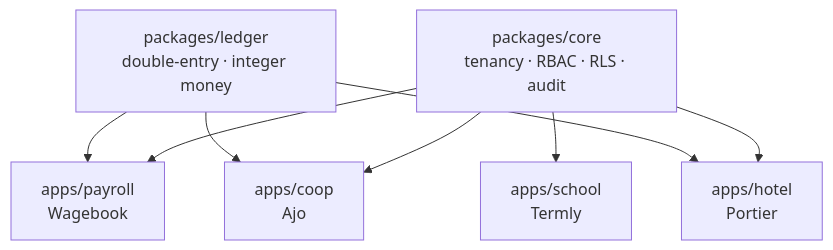
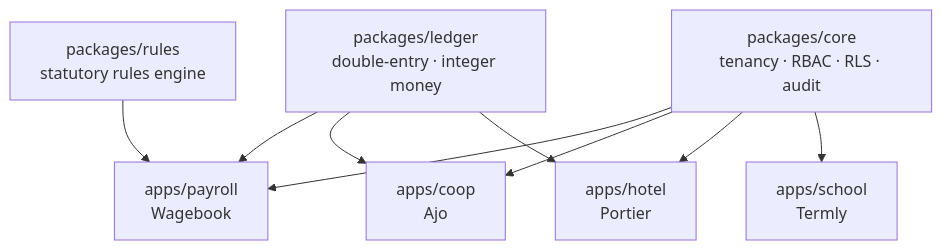
The diagram in README.md (oghenenoghie/business-repo), drawn with Mermaid before and after one commit. The commit also changed other lines of this file and 17 other files, not shown here.

````diff
--- a/README.md
+++ b/README.md
@@ -38,11 +46,13 @@
 ```mermaid
 graph TD
     core[packages/core<br/>tenancy · RBAC · RLS · audit]
     ledger[packages/ledger<br/>double-entry · integer money]
+    rules[packages/rules<br/>statutory rules engine]
     payroll[apps/payroll<br/>Wagebook]
     coop[apps/coop<br/>Ajo]
     hotel[apps/hotel<br/>Portier]
     school[apps/school<br/>Termly]
     core --> payroll & coop & hotel & school
     ledger --> payroll & coop & hotel
+    rules --> payroll
 ```
````
